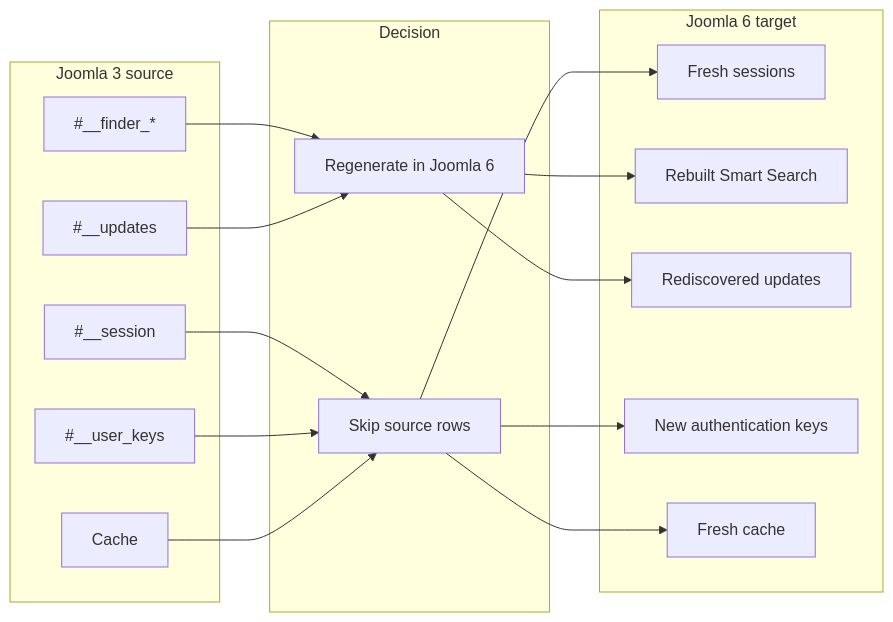
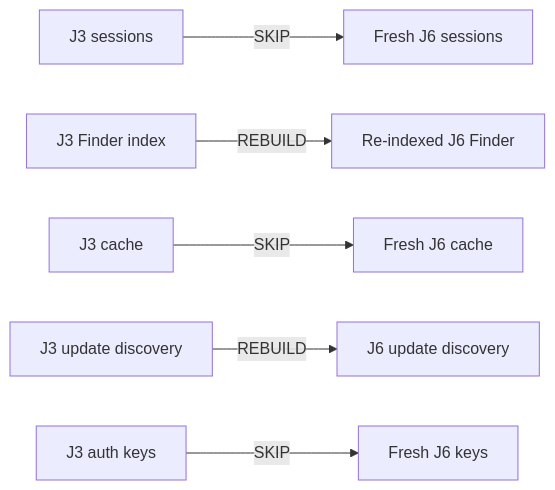
Before and after one commit to duyduyly/php-notebook: diagram 13 of 15 in docs/joomla/learning/database/joomla3-vs-joomla6-erd-gap-diagrams.md, drawn with Mermaid. The commit also changed other lines of this file, not shown here.

Commit message:
docs: fix Mermaid ERD gaps and add side-by-side table comparisons

````diff
--- a/docs/joomla/learning/database/joomla3-vs-joomla6-erd-gap-diagrams.md
+++ b/docs/joomla/learning/database/joomla3-vs-joomla6-erd-gap-diagrams.md
@@ -620,29 +442,8 @@
 ```mermaid
 flowchart LR
-    subgraph SOURCE["Joomla 3 source"]
-        SESSION["#__session"]
-        FINDER["#__finder_*"]
-        UPDATES["#__updates"]
-        KEYS["#__user_keys"]
-        CACHE["Cache"]
-    end
-
-    subgraph ACTION["Decision"]
-        SKIP["Skip source rows"]
-        REBUILD["Regenerate in Joomla 6"]
-    end
-
-    subgraph TARGET["Joomla 6 target"]
-        NEWSESSION["Fresh sessions"]
-        NEWFINDER["Rebuilt Smart Search"]
-        NEWUPDATES["Rediscovered updates"]
-        NEWKEYS["New authentication keys"]
-        NEWCACHE["Fresh cache"]
-    end
-
-    SESSION --> SKIP --> NEWSESSION
-    KEYS --> SKIP --> NEWKEYS
-    CACHE --> SKIP --> NEWCACHE
-    FINDER --> REBUILD --> NEWFINDER
-    UPDATES --> REBUILD --> NEWUPDATES
+    SESSION["J3 sessions"] -->|SKIP| NEWSESSION["Fresh J6 sessions"]
+    FINDER["J3 Finder index"] -->|REBUILD| NEWFINDER["Re-indexed J6 Finder"]
+    CACHE["J3 cache"] -->|SKIP| NEWCACHE["Fresh J6 cache"]
+    UPDATES["J3 update discovery"] -->|REBUILD| NEWUPDATES["J6 update discovery"]
+    KEYS["J3 auth keys"] -->|SKIP| NEWKEYS["Fresh J6 keys"]
 ```
````
